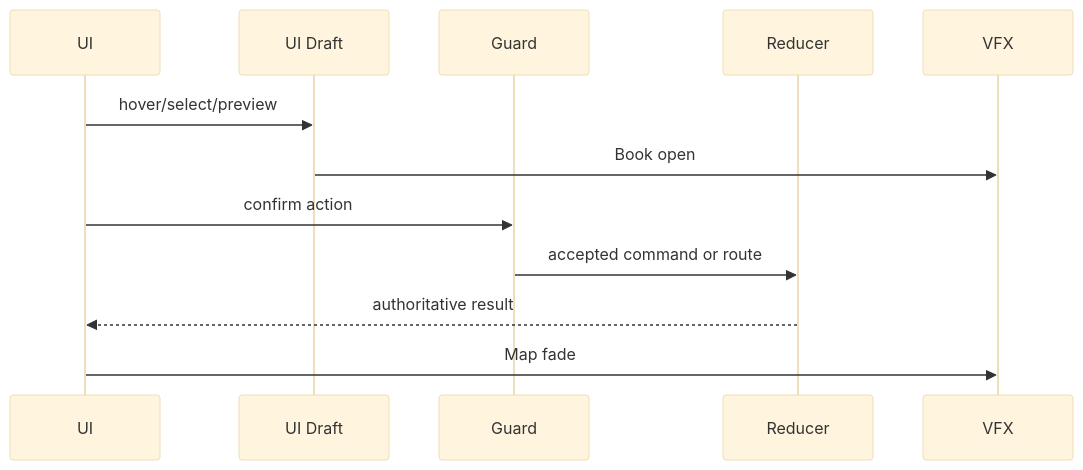
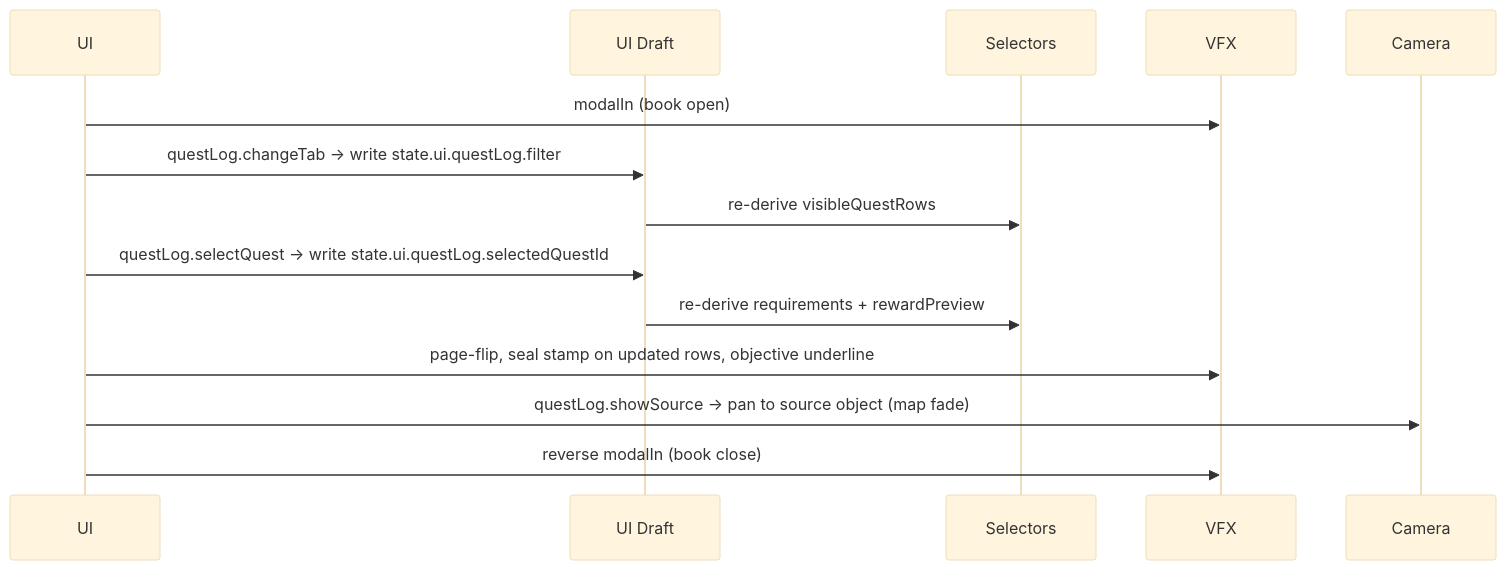
The fourth of 5 diagrams in docs/architecture/wiki/screens/11-quest-log/architecture.md (SunaNoOshiro/Heroes_Reforged_AI_Realms), drawn with Mermaid (base theme) before and after one commit. The commit also changed other lines of this file and 518 other files, not shown here.

First line of the commit message:
Add doc-audit skill and sweep architecture/screen docs

````diff
--- a/docs/architecture/wiki/screens/11-quest-log/architecture.md
+++ b/docs/architecture/wiki/screens/11-quest-log/architecture.md
@@ -54,14 +60,16 @@
 ```mermaid
 sequenceDiagram
   participant UI
   participant Draft as UI Draft
-  participant Guard
-  participant Reducer
+  participant Selectors
   participant VFX
-  UI->>Draft: hover/select/preview
-  Draft->>VFX: Book open
-  UI->>Guard: confirm action
-  Guard->>Reducer: accepted command or route
-  Reducer-->>UI: authoritative result
-  UI->>VFX: Map fade
+  participant Camera
+  UI->>VFX: modalIn (book open)
+  UI->>Draft: questLog.changeTab → write state.ui.questLog.filter
+  Draft->>Selectors: re-derive visibleQuestRows
+  UI->>Draft: questLog.selectQuest → write state.ui.questLog.selectedQuestId
+  Draft->>Selectors: re-derive requirements + rewardPreview
+  UI->>VFX: page-flip, seal stamp on updated rows, objective underline
+  UI->>Camera: questLog.showSource → pan to source object (map fade)
+  UI->>VFX: reverse modalIn (book close)
 ```
````
